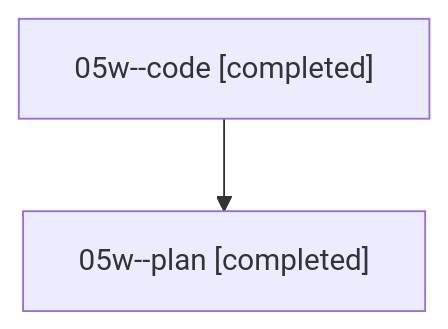
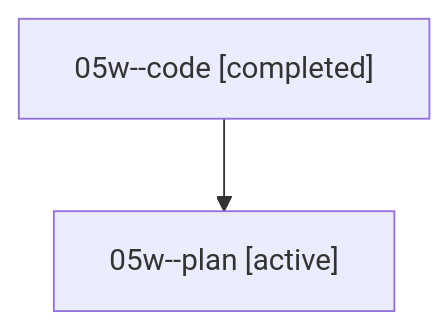
Before and after one commit to sase-org/sase--agents: the diagram in families/bbugyi200.athena.05w.md, drawn with Mermaid. The commit also changed other lines of this file and 35830 other files, not shown here.

````diff
--- a/families/bbugyi200.athena.05w.md
+++ b/families/bbugyi200.athena.05w.md
@@ -9,6 +9,6 @@
 ```mermaid
 flowchart TD
   n0["05w--code [completed]"]
-  n1["05w--plan [completed]"]
+  n1["05w--plan [active]"]
   n0 --> n1
 ```
````
